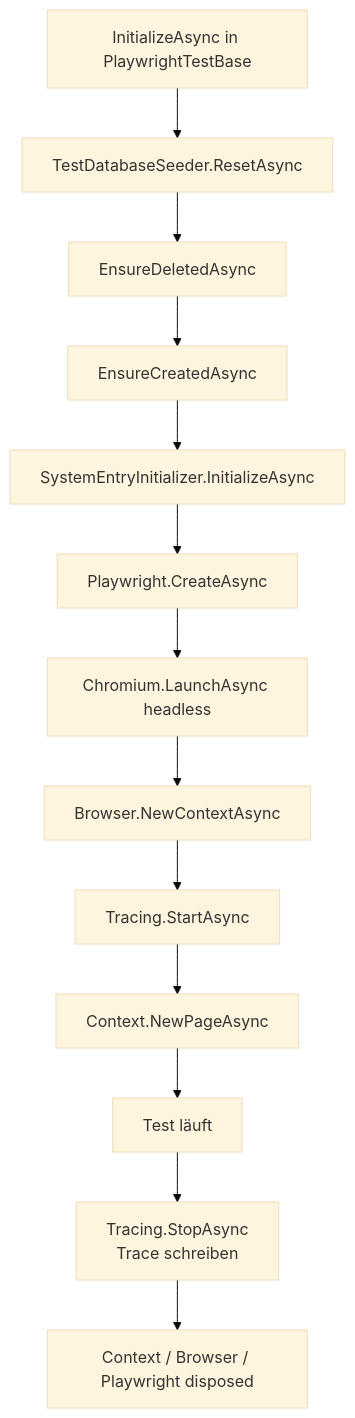
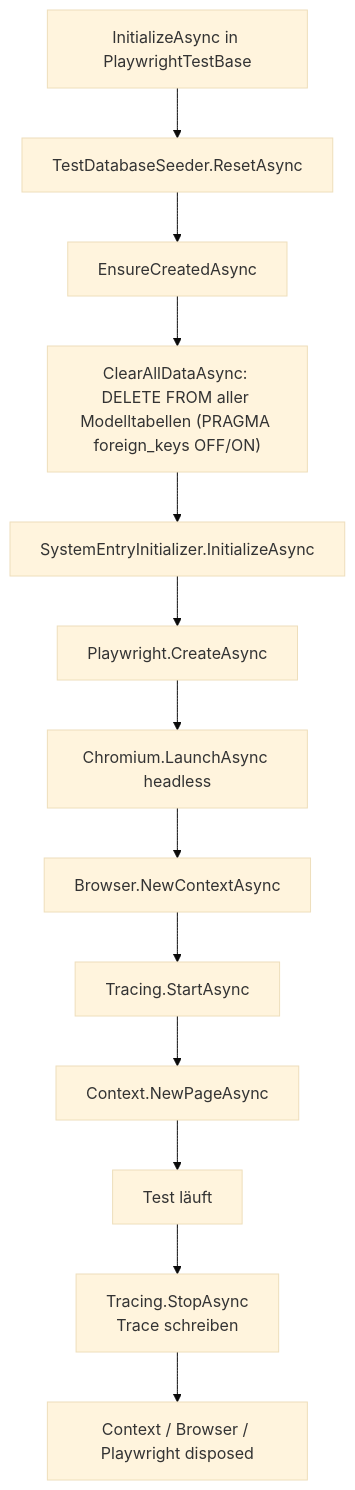
The second of 2 diagrams in docs/help/playwright-tests/ablauf-technisch.md (martin-stromberg/Schnittstellenzentrale), drawn with Mermaid (base theme) before and after one commit. The commit also changed other lines of this file and 14 other files, not shown here.

````diff
--- a/docs/help/playwright-tests/ablauf-technisch.md
+++ b/docs/help/playwright-tests/ablauf-technisch.md
@@ -127,15 +127,15 @@
 ```mermaid
 flowchart TD
     A[InitializeAsync in PlaywrightTestBase] --> B[TestDatabaseSeeder.ResetAsync]
-    B --> C[EnsureDeletedAsync]
-    C --> D[EnsureCreatedAsync]
+    B --> C[EnsureCreatedAsync]
+    C --> D["ClearAllDataAsync: DELETE FROM aller Modelltabellen (PRAGMA foreign_keys OFF/ON)"]
     D --> E[SystemEntryInitializer.InitializeAsync]
     E --> F[Playwright.CreateAsync]
     F --> G[Chromium.LaunchAsync headless]
     G --> H[Browser.NewContextAsync]
     H --> I[Tracing.StartAsync]
     I --> J[Context.NewPageAsync]
     J --> K[Test läuft]
     K --> L[Tracing.StopAsync\nTrace schreiben]
     L --> M[Context / Browser / Playwright disposed]
 ```
````
